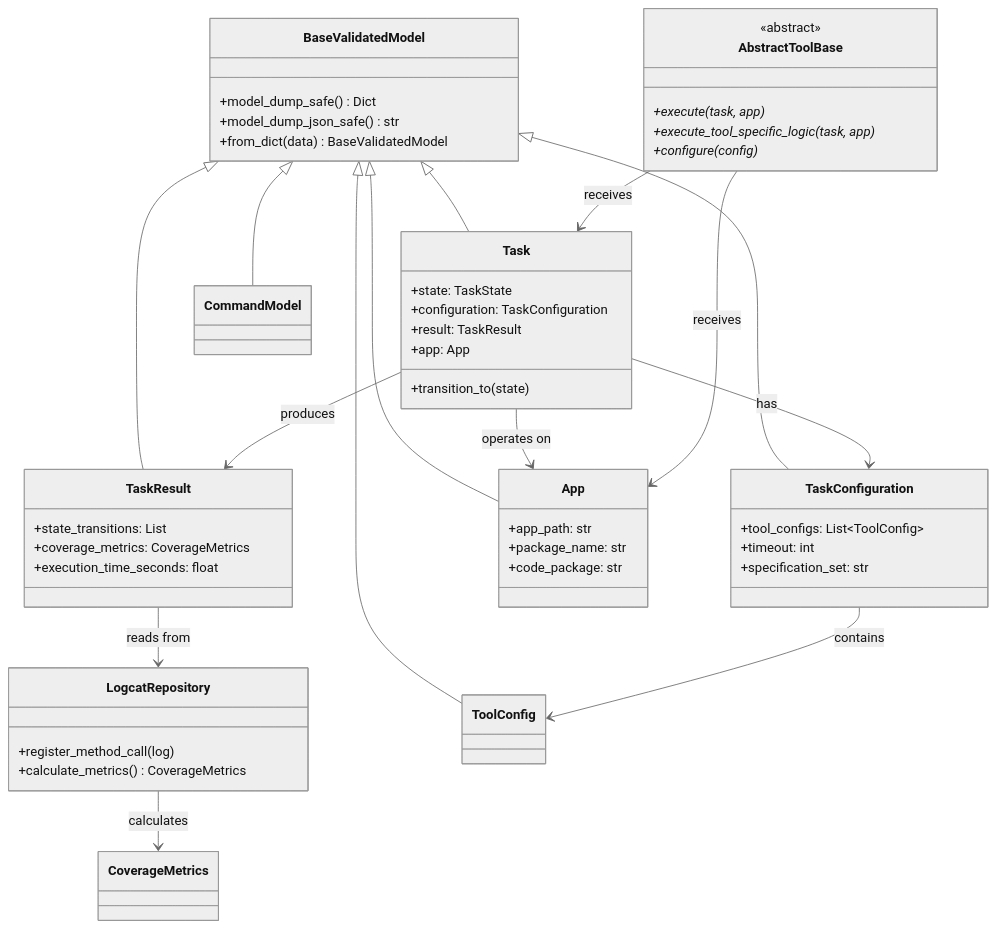
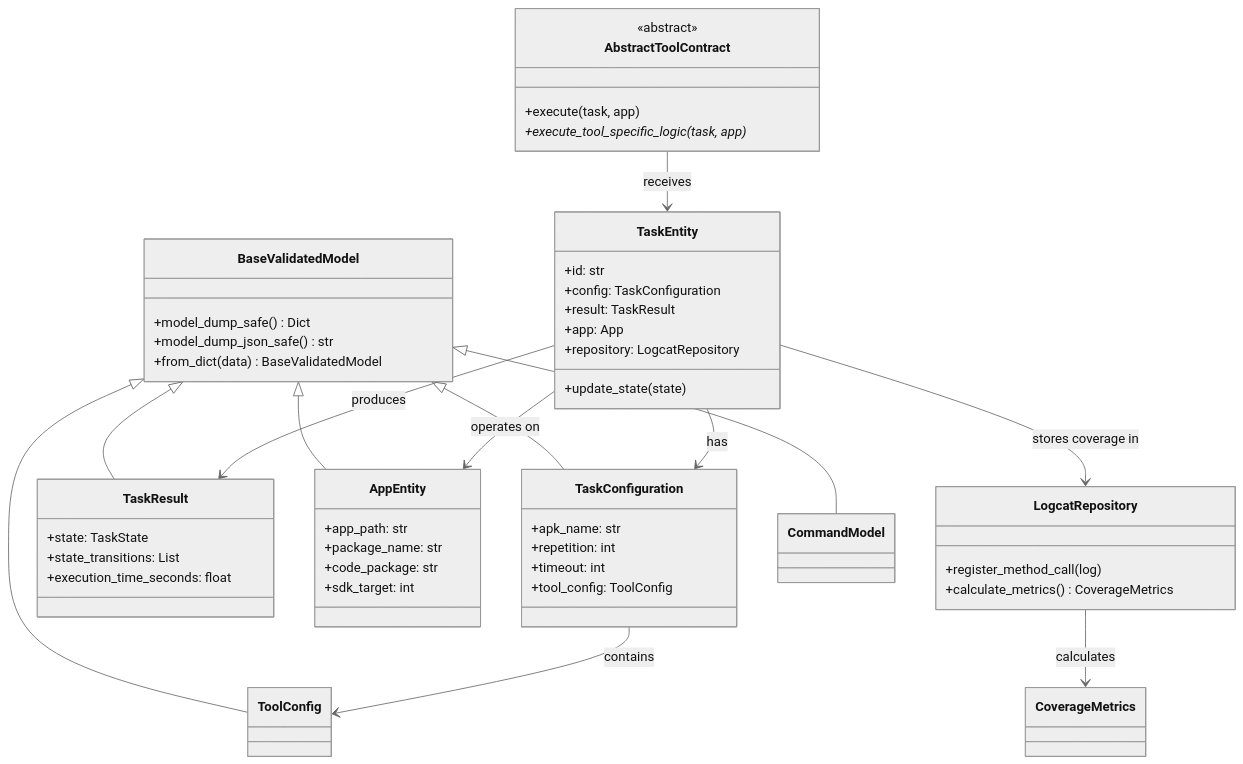
Before and after one commit to PAMunb/rvsec: the second of 6 diagrams in rv-android/modules/rv-android-core/docs/architecture.md, drawn with Mermaid. The commit also changed other lines of this file and 17 other files, not shown here.

First line of the commit message:
docs(tg5): architecture docs for all 13 modules + aperv spec rewrite + script updates (refs #48)

````diff
--- a/rv-android/modules/rv-android-core/docs/architecture.md
+++ b/rv-android/modules/rv-android-core/docs/architecture.md
@@ -116,63 +203,63 @@
 ```mermaid
 %%{init: {'theme': 'neutral'}}%%
 classDiagram
     class BaseValidatedModel {
         +model_dump_safe() Dict
         +model_dump_json_safe() str
         +from_dict(data) BaseValidatedModel
     }
 
-    class Task {
-        +state: TaskState
-        +configuration: TaskConfiguration
+    class TaskEntity {
+        +id: str
+        +config: TaskConfiguration
         +result: TaskResult
         +app: App
-        +transition_to(state)
+        +repository: LogcatRepository
+        +update_state(state)
     }
 
     class TaskConfiguration {
-        +tool_configs: List~ToolConfig~
+        +apk_name: str
+        +repetition: int
         +timeout: int
-        +specification_set: str
+        +tool_config: ToolConfig
     }
 
     class TaskResult {
+        +state: TaskState
         +state_transitions: List
-        +coverage_metrics: CoverageMetrics
         +execution_time_seconds: float
     }
 
-    class App {
+    class AppEntity {
         +app_path: str
         +package_name: str
         +code_package: str
+        +sdk_target: int
     }
 
     class LogcatRepository {
         +register_method_call(log)
         +calculate_metrics() CoverageMetrics
     }
 
-    class AbstractToolBase {
+    class AbstractToolContract {
         <<abstract>>
-        +execute(task, app)*
+        +execute(task, app)
         +execute_tool_specific_logic(task, app)*
-        +configure(config)*
     }
 
-    BaseValidatedModel <|-- Task
     BaseValidatedModel <|-- TaskConfiguration
     BaseValidatedModel <|-- TaskResult
-    BaseValidatedModel <|-- App
+    BaseValidatedModel <|-- AppEntity
     BaseValidatedModel <|-- ToolConfig
     BaseValidatedModel <|-- CommandModel
 
-    Task --> TaskConfiguration : has
-    Task --> TaskResult : produces
-    Task --> App : operates on
+    TaskEntity --> TaskConfiguration : has
+    TaskEntity --> TaskResult : produces
+    TaskEntity --> AppEntity : operates on
+    TaskEntity --> LogcatRepository : stores coverage in
     TaskConfiguration --> ToolConfig : contains
-    TaskResult --> LogcatRepository : reads from
     LogcatRepository --> CoverageMetrics : calculates
-    AbstractToolBase --> Task : receives
-    AbstractToolBase --> App : receives
+    AbstractToolContract --> TaskEntity : receives
 ```
````
